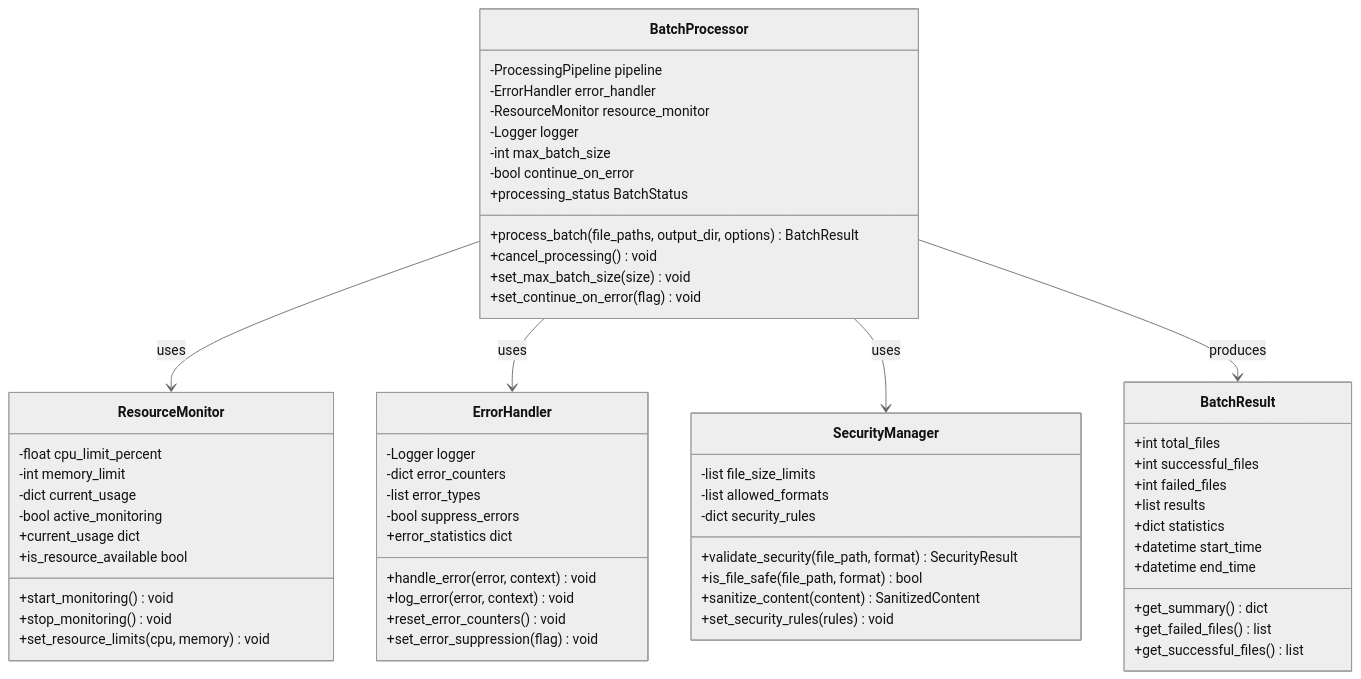
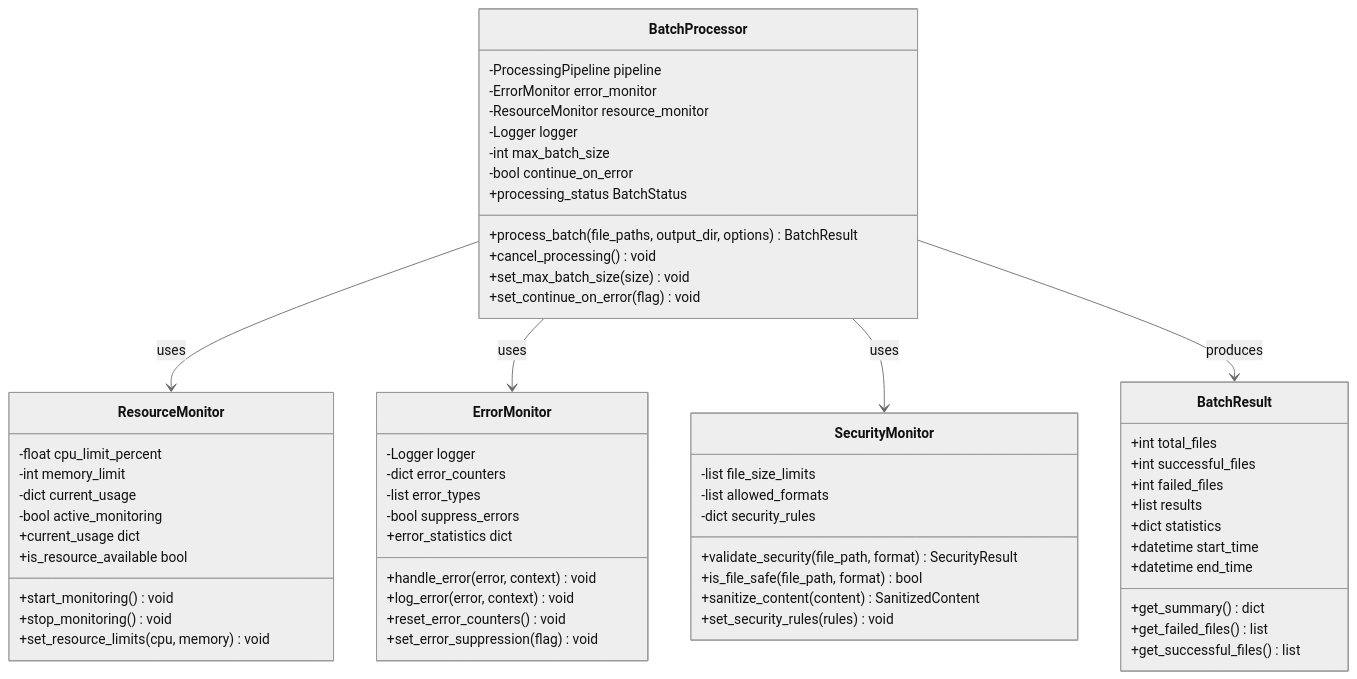
Before and after one commit to endomorphosis/omni_converter_mk2: the fourth of 7 diagrams in SAD.md, drawn with Mermaid (neutral theme). The commit also changed other lines of this file and 243 other files, not shown here.

````diff
--- a/SAD.md
+++ b/SAD.md
@@ -267,68 +267,68 @@
 ```mermaid
 classDiagram
     class BatchProcessor {
         -ProcessingPipeline pipeline
-        -ErrorHandler error_handler
+        -ErrorMonitor error_monitor
         -ResourceMonitor resource_monitor
         -Logger logger
         -int max_batch_size
         -bool continue_on_error
         +process_batch(file_paths, output_dir, options) BatchResult
         +cancel_processing() void
         +processing_status BatchStatus
         +set_max_batch_size(size) void
         +set_continue_on_error(flag) void
     }
 
     class ResourceMonitor {
         -float cpu_limit_percent
         -int memory_limit
         -dict current_usage
         -bool active_monitoring
         +start_monitoring() void
         +stop_monitoring() void
         +current_usage dict
         +is_resource_available bool
         +set_resource_limits(cpu, memory) void
     }
 
-    class ErrorHandler {
+    class ErrorMonitor {
         -Logger logger
         -dict error_counters
         -list error_types
         -bool suppress_errors
         +handle_error(error, context) void
         +log_error(error, context) void
         +error_statistics dict
         +reset_error_counters() void
         +set_error_suppression(flag) void
     }
 
-    class SecurityManager {
+    class SecurityMonitor {
         -list file_size_limits
         -list allowed_formats
         -dict security_rules
         +validate_security(file_path, format) SecurityResult
         +is_file_safe(file_path, format) bool
         +sanitize_content(content) SanitizedContent
         +set_security_rules(rules) void
     }
 
     class BatchResult {
         +int total_files
         +int successful_files
         +int failed_files
         +list results
         +dict statistics
         +datetime start_time
         +datetime end_time
         +get_summary() dict
         +get_failed_files() list
         +get_successful_files() list
     }
 
     BatchProcessor --> ResourceMonitor : uses
-    BatchProcessor --> ErrorHandler : uses
-    BatchProcessor --> SecurityManager : uses
+    BatchProcessor --> ErrorMonitor : uses
+    BatchProcessor --> SecurityMonitor : uses
     BatchProcessor --> BatchResult : produces
 ```
````
